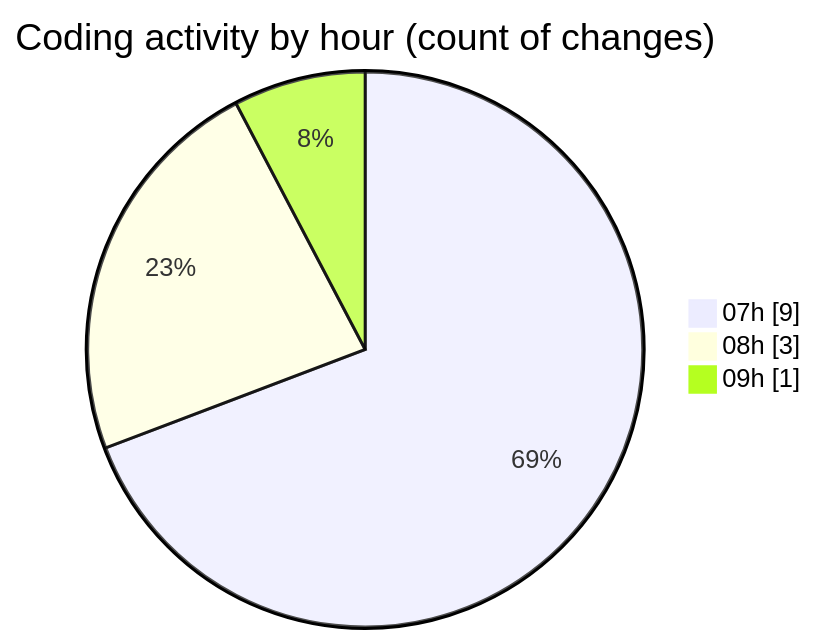
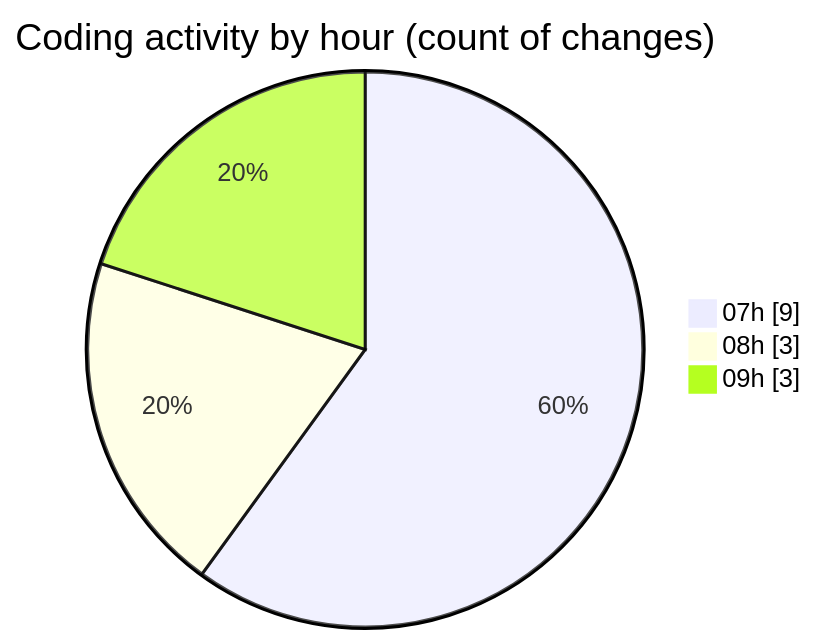
One commit to LanceThiago/code-tracking changed the second of 2 diagrams in 2026-09-01/web/README.md. Above: the diagram before and after it, drawn with Mermaid. The commit also changed other lines of this file and 1 other file, not shown here.

````diff
--- a/2026-09-01/web/README.md
+++ b/2026-09-01/web/README.md
@@ -32,7 +32,7 @@
 ```mermaid
 pie showData
 title Coding activity by hour (count of changes)
 "07h" : 9
 "08h" : 3
-"09h" : 1
+"09h" : 3
 ```
````
